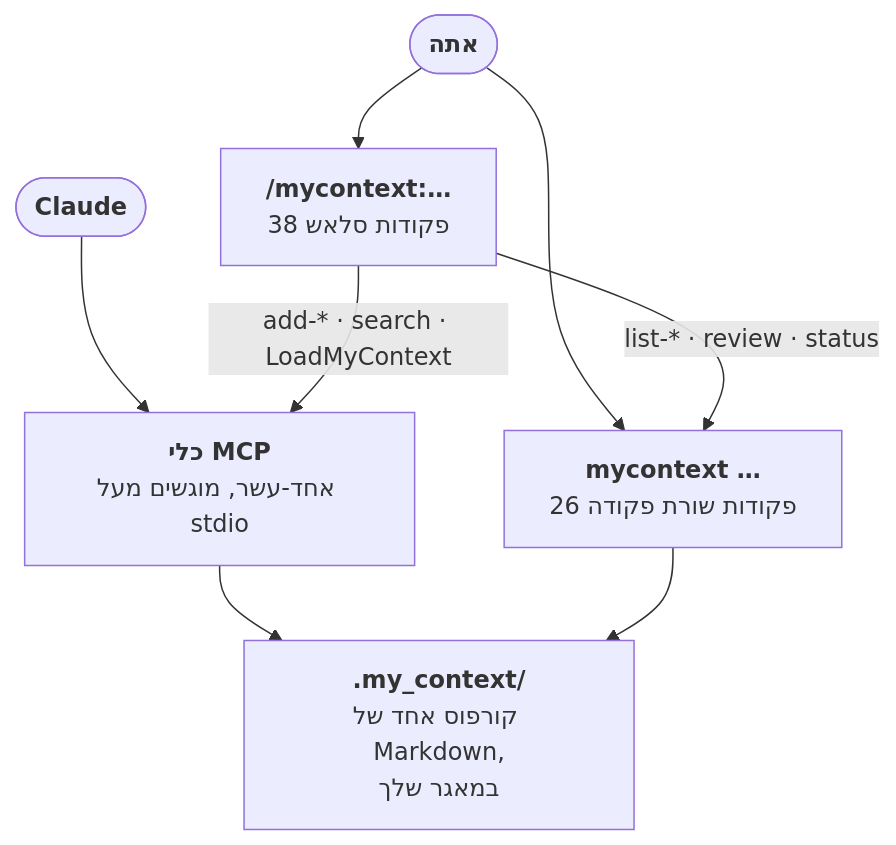
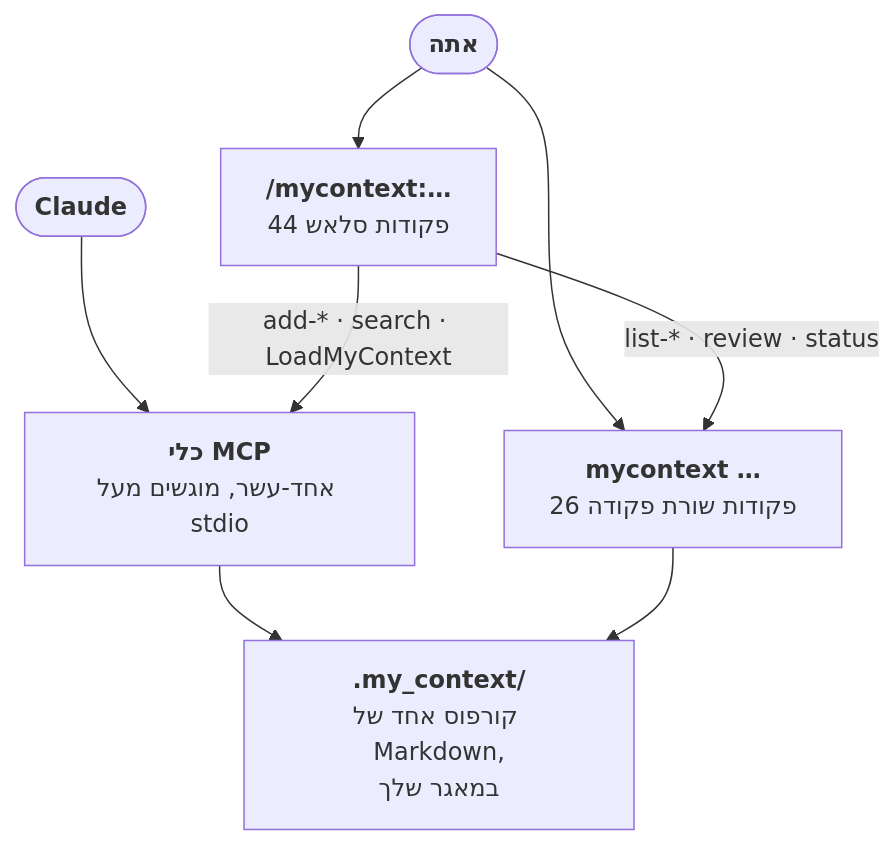
The fourth of 5 diagrams in docs/README.he.md (Dudi-Bar-On/my-context), drawn with Mermaid before and after one commit. The commit also changed other lines of this file and 4 other files, not shown here.

First line of the commit message:
docs: the catalogue swap in both READMEs, the changelog and the roadmap

````diff
--- a/docs/README.he.md
+++ b/docs/README.he.md
@@ -1621,10 +1636,10 @@
 ```mermaid
 flowchart TB
-  U(["<b>אתה</b>"]) --> SL["<b>/mycontext:…</b><br/>38 פקודות סלאש"]
+  U(["<b>אתה</b>"]) --> SL["<b>/mycontext:…</b><br/>44 פקודות סלאש"]
   U --> CL["<b>mycontext …</b><br/>26 פקודות שורת פקודה"]
   A(["<b>Claude</b>"]) --> TL["<b>כלי MCP</b><br/>אחד-עשר, מוגשים מעל stdio"]
   SL -->|"add-* · search · LoadMyContext"| TL
   SL -->|"list-* · review · status"| CL
   TL --> CO["<b>.my_context/</b><br/>קורפוס אחד של Markdown,<br/>במאגר שלך"]
   CL --> CO
 ```
````
